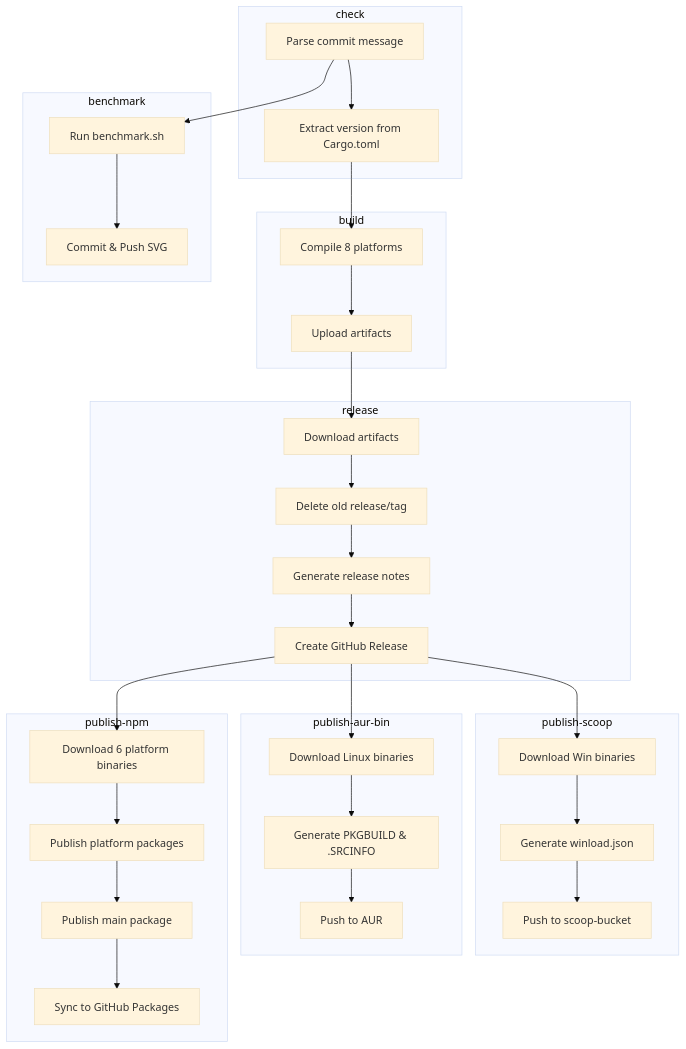
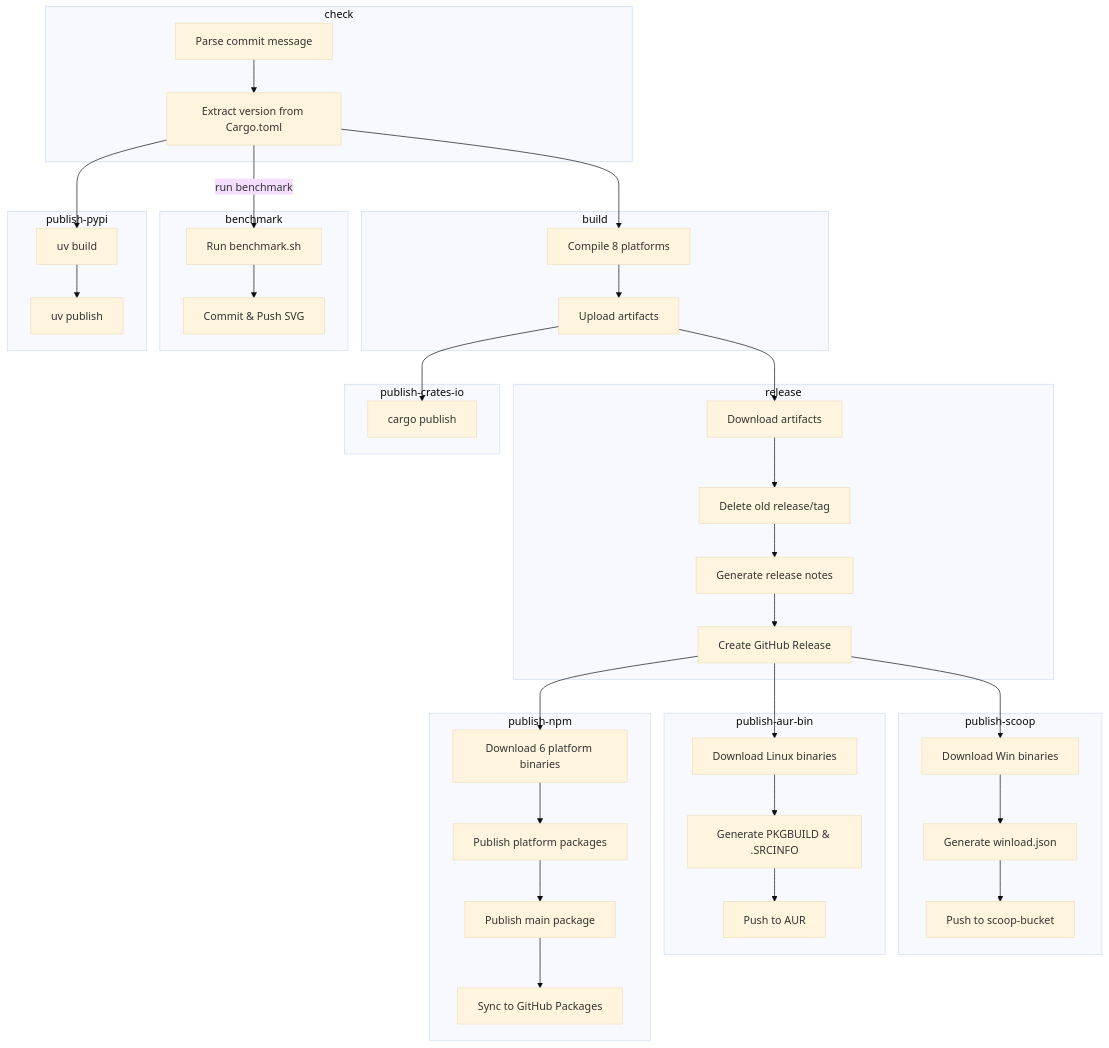
One commit to VincentZyu233/winload_ForMiWifiRouter3G changed the diagram in .github/workflows/build.md. Above: the diagram before and after it, drawn with Mermaid (base theme). The commit also changed other lines of this file and 8 other files, not shown here.

First line of the commit message:
refactor: benchmark script cleanup & fix build doc diagrams

````diff
--- a/.github/workflows/build.md
+++ b/.github/workflows/build.md
@@ -138,57 +138,69 @@
 ```mermaid
 flowchart TB
     subgraph check["check"]
         C1[Parse commit message]
         C2[Extract version from Cargo.toml]
     end
     
     subgraph build["build"]
         B1[Compile 8 platforms]
         B2[Upload artifacts]
     end
     
     subgraph release["release"]
         R1[Download artifacts]
         R2[Delete old release/tag]
         R3[Generate release notes]
         R4[Create GitHub Release]
     end
     
     subgraph scoop["publish-scoop"]
         S1[Download Win binaries]
         S2[Generate winload.json]
         S3[Push to scoop-bucket]
     end
     
     subgraph aur["publish-aur-bin"]
         A1[Download Linux binaries]
         A2[Generate PKGBUILD & .SRCINFO]
         A3[Push to AUR]
     end
     
     subgraph npm["publish-npm"]
         N1[Download 6 platform binaries]
         N2[Publish platform packages]
         N3[Publish main package]
         N4[Sync to GitHub Packages]
     end
     
     subgraph benchmark["benchmark"]
         BM1[Run benchmark.sh]
         BM2[Commit & Push SVG]
     end
+    
+    subgraph crates["publish-crates-io"]
+        CR1[cargo publish]
+    end
+    
+    subgraph pypi["publish-pypi"]
+        PY1[uv build]
+        PY2[uv publish]
+    end
 
     C1 --> C2
     C2 --> B1
-    C1 --> BM1
+    C2 --"run benchmark"--> BM1
+    C2 --> PY1
     BM1 --> BM2
+    PY1 --> PY2
     B1 --> B2
     B2 --> R1
+    B2 --> CR1
     R1 --> R2 --> R3 --> R4
     R4 --> S1
     S1 --> S2 --> S3
     R4 --> A1
     A1 --> A2 --> A3
     R4 --> N1
     N1 --> N2 --> N3 --> N4
 ```
````
